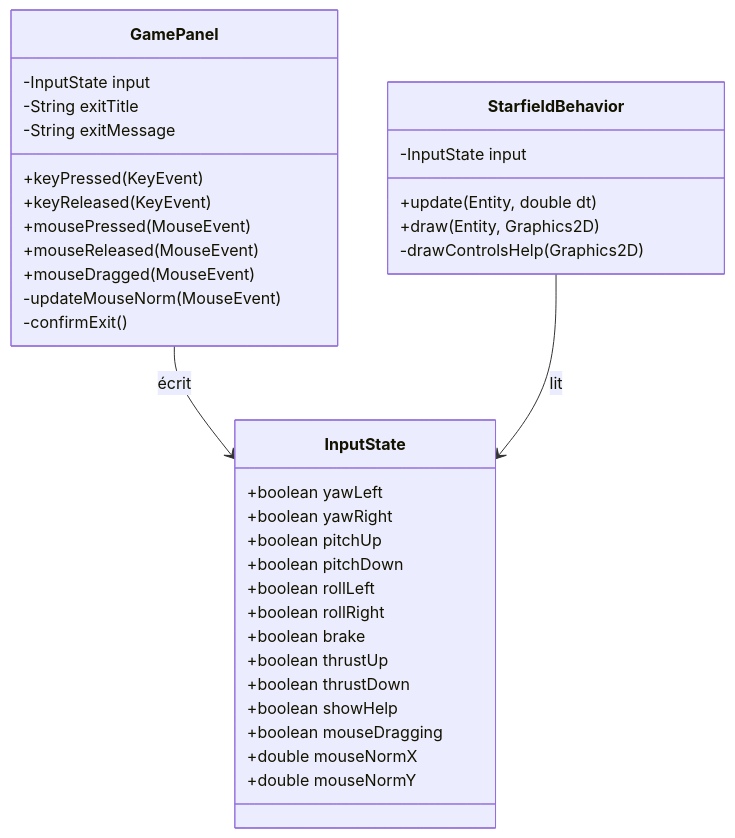
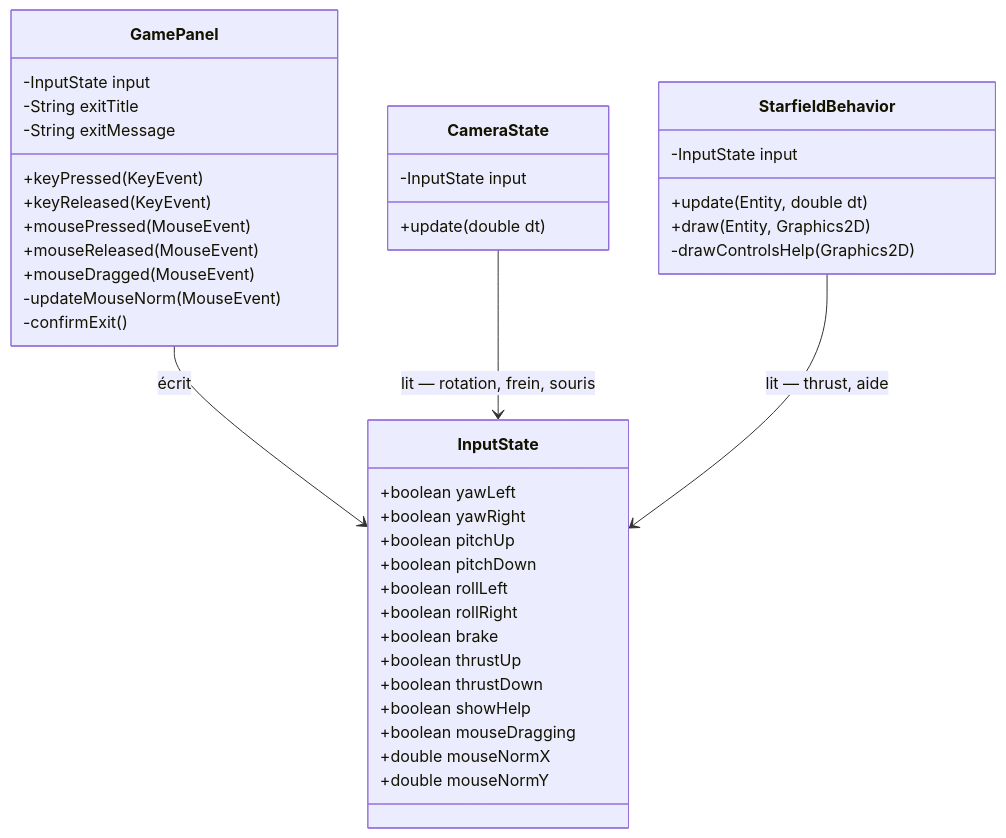
Before and after one commit to mcgivrer/demo001-arm64: the first of 2 diagrams in src/docs/08-input-controls.md, drawn with Mermaid. The commit also changed other lines of this file and 12 other files, not shown here.

First line of the commit message:
Refactor camera and background cloud behavior

````diff
--- a/src/docs/08-input-controls.md
+++ b/src/docs/08-input-controls.md
@@ -15,41 +15,47 @@
 ```mermaid
 classDiagram
     class InputState {
         +boolean yawLeft
         +boolean yawRight
         +boolean pitchUp
         +boolean pitchDown
         +boolean rollLeft
         +boolean rollRight
         +boolean brake
         +boolean thrustUp
         +boolean thrustDown
         +boolean showHelp
         +boolean mouseDragging
         +double mouseNormX
         +double mouseNormY
     }
 
     class GamePanel {
         -InputState input
         -String exitTitle
         -String exitMessage
         +keyPressed(KeyEvent)
         +keyReleased(KeyEvent)
         +mousePressed(MouseEvent)
         +mouseReleased(MouseEvent)
         +mouseDragged(MouseEvent)
         -updateMouseNorm(MouseEvent)
         -confirmExit()
     }
 
+    class CameraState {
+        -InputState input
+        +update(double dt)
+    }
+
     class StarfieldBehavior {
         -InputState input
         +update(Entity, double dt)
         +draw(Entity, Graphics2D)
         -drawControlsHelp(Graphics2D)
     }
 
     GamePanel --> InputState : écrit
-    StarfieldBehavior --> InputState : lit
+    CameraState --> InputState : lit — rotation, frein, souris
+    StarfieldBehavior --> InputState : lit — thrust, aide
 ```
````
